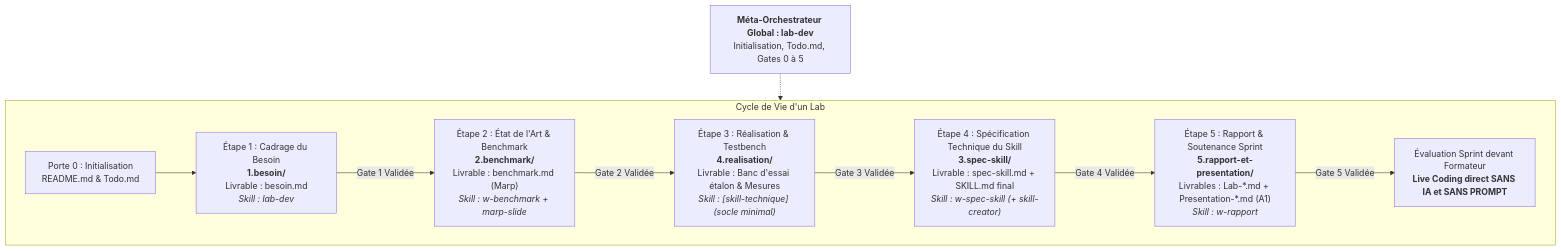
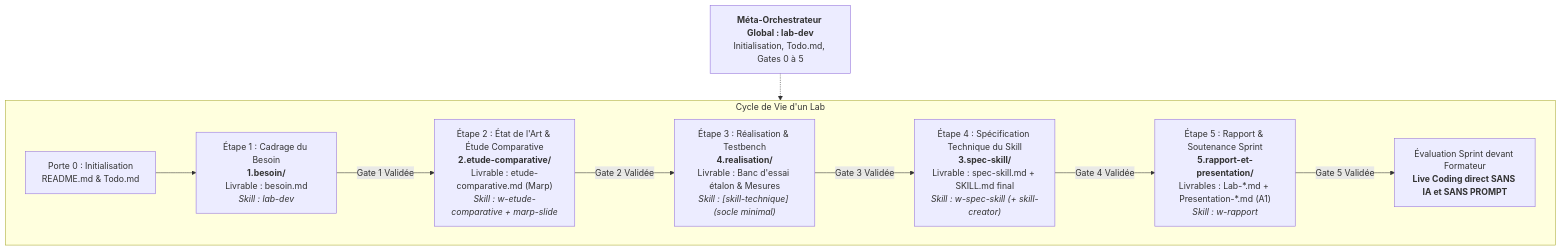
The diagram in docs/03-flux-de-travail-lab.md (labs-agent-dev/lab-skills-framework), drawn with Mermaid before and after one commit. The commit also changed other lines of this file and 11 other files, not shown here.

````diff
--- a/docs/03-flux-de-travail-lab.md
+++ b/docs/03-flux-de-travail-lab.md
@@ -11,13 +11,13 @@
 ```mermaid
 flowchart TD
     subgraph WFL["Cycle de Vie d'un Lab"]
         G0["Porte 0 : Initialisation<br/>README.md & Todo.md"] --> E1["Étape 1 : Cadrage du Besoin<br/><b>1.besoin/</b><br/>Livrable : besoin.md<br/><i>Skill : lab-dev</i>"]
-        E1 -->|Gate 1 Validée| E2["Étape 2 : État de l'Art & Benchmark<br/><b>2.benchmark/</b><br/>Livrable : benchmark.md (Marp)<br/><i>Skill : w-benchmark + marp-slide</i>"]
+        E1 -->|Gate 1 Validée| E2["Étape 2 : État de l'Art & Étude Comparative<br/><b>2.etude-comparative/</b><br/>Livrable : etude-comparative.md (Marp)<br/><i>Skill : w-etude-comparative + marp-slide</i>"]
         E2 -->|Gate 2 Validée| E3["Étape 3 : Réalisation & Testbench<br/><b>4.realisation/</b><br/>Livrable : Banc d'essai étalon & Mesures<br/><i>Skill : [skill-technique] (socle minimal)</i>"]
         E3 -->|Gate 3 Validée| E4["Étape 4 : Spécification Technique du Skill<br/><b>3.spec-skill/</b><br/>Livrable : spec-skill.md + SKILL.md final<br/><i>Skill : w-spec-skill (+ skill-creator)</i>"]
         E4 -->|Gate 4 Validée| E5["Étape 5 : Rapport & Soutenance Sprint<br/><b>5.rapport-et-presentation/</b><br/>Livrables : Lab-*.md + Presentation-*.md (A1)<br/><i>Skill : w-rapport</i>"]
         E5 -->|Gate 5 Validée| EVAL["Évaluation Sprint devant Formateur<br/><b>Live Coding direct SANS IA et SANS PROMPT</b>"]
     end
 
     ORCH["<b>Méta-Orchestrateur Global : lab-dev</b><br/>Initialisation, Todo.md, Gates 0 à 5"] -.-> WFL
 ```
````
